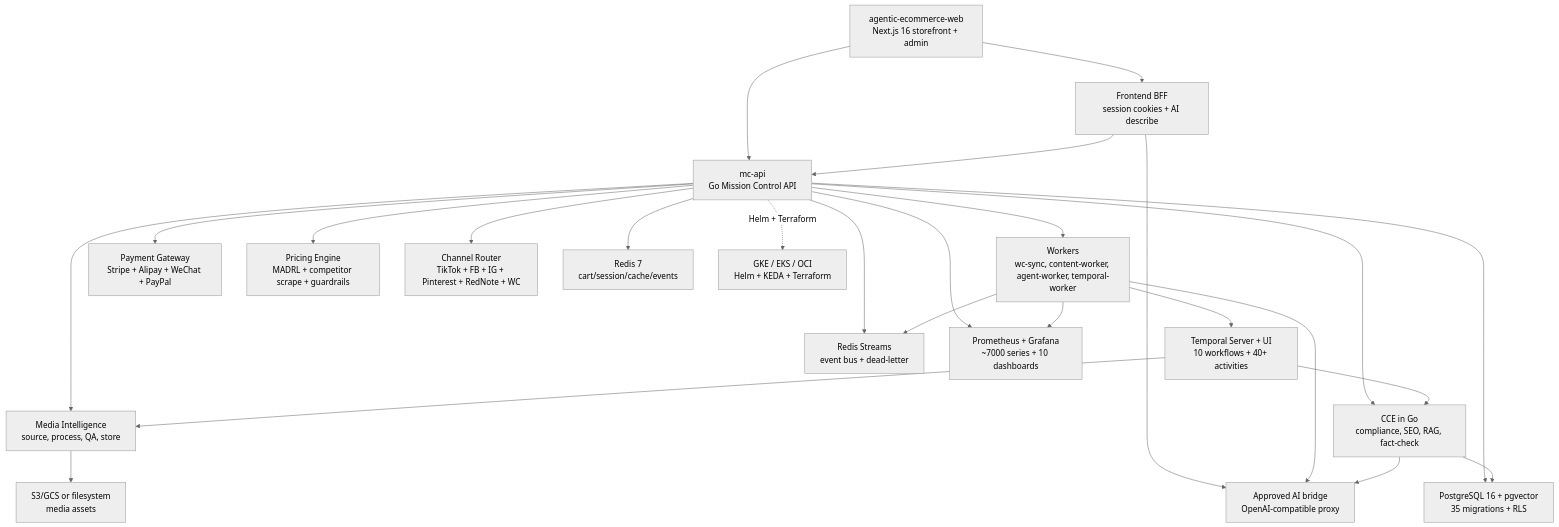
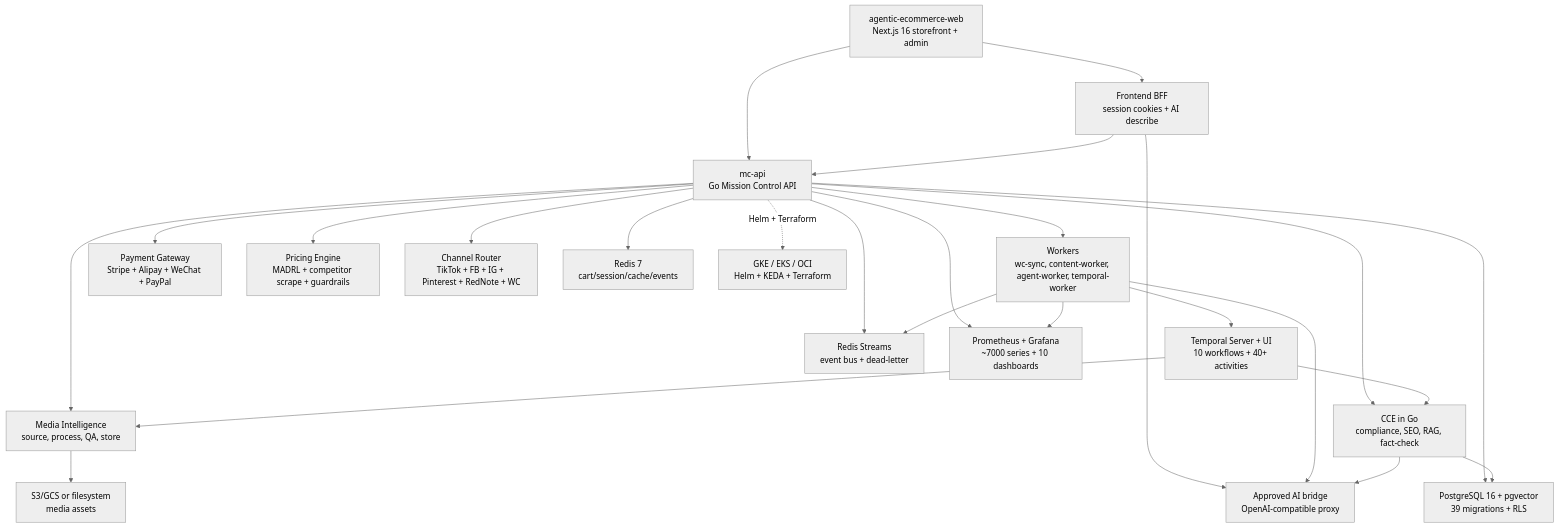
Before and after one commit to nfsarch33/agentic-ecommerce: the diagram in README.md, drawn with Mermaid (neutral theme). The commit also changed other lines of this file and 38 other files, not shown here.

````diff
--- a/README.md
+++ b/README.md
@@ -29,45 +29,45 @@
 ```mermaid
 flowchart TB
   Web["agentic-ecommerce-web\nNext.js 16 storefront + admin"]
   BFF["Frontend BFF\nsession cookies + AI describe"]
   API["mc-api\nGo Mission Control API"]
   Workers["Workers\nwc-sync, content-worker, agent-worker, temporal-worker"]
   Temporal["Temporal Server + UI\n10 workflows + 40+ activities"]
   EventBus["Redis Streams\nevent bus + dead-letter"]
   CCE["CCE in Go\ncompliance, SEO, RAG, fact-check"]
   MIS["Media Intelligence\nsource, process, QA, store"]
   Payment["Payment Gateway\nStripe + Alipay + WeChat + PayPal"]
   Pricing["Pricing Engine\nMADRL + competitor scrape + guardrails"]
   Channel["Channel Router\nTikTok + FB + IG + Pinterest + RedNote + WC"]
-  Postgres["PostgreSQL 16 + pgvector\n35 migrations + RLS"]
+  Postgres["PostgreSQL 16 + pgvector\n39 migrations + RLS"]
   ObjectStore["S3/GCS or filesystem\nmedia assets"]
   Redis["Redis 7\ncart/session/cache/events"]
   Bridge["Approved AI bridge\nOpenAI-compatible proxy"]
   Monitoring["Prometheus + Grafana\n~7000 series + 10 dashboards"]
   Cloud["GKE / EKS / OCI\nHelm + KEDA + Terraform"]
 
   Web --> API
   Web --> BFF
   BFF --> API
   BFF --> Bridge
   API --> Postgres
   API --> Redis
   API --> Workers
   API --> CCE
   API --> MIS
   API --> EventBus
   API --> Payment
   API --> Pricing
   API --> Channel
   Workers --> Temporal
   Workers --> EventBus
   Temporal --> CCE
   Temporal --> MIS
   Workers --> Bridge
   CCE --> Bridge
   CCE --> Postgres
   MIS --> ObjectStore
   API --> Monitoring
   Workers --> Monitoring
   API -. Helm + Terraform .-> Cloud
 ```
````
